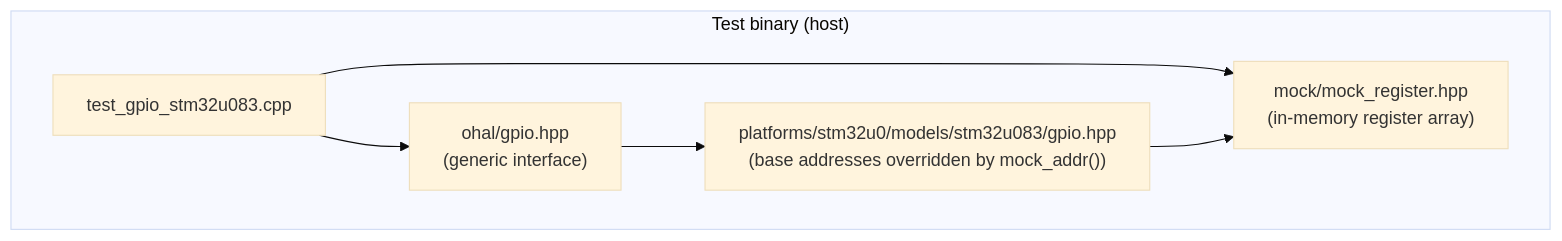
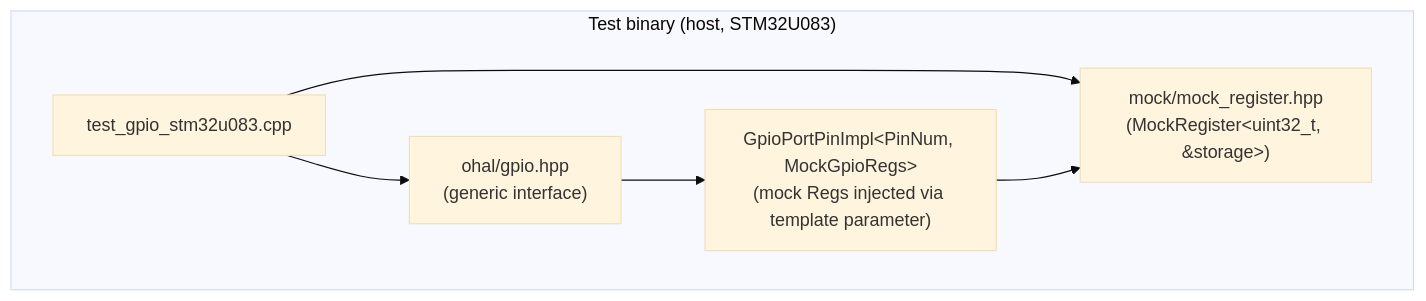
Diagram 12 of 13 in docs/plan.md (grahame-org/ohal), drawn with Mermaid (base theme) before and after one commit. The commit also changed other lines of this file and 2 other files, not shown here.

First line of the commit message:
docs: fix third review thread — Register diagrams, host-test description, error table, OutBit write

````diff
--- a/docs/plan.md
+++ b/docs/plan.md
@@ -594,13 +591,13 @@
 ```mermaid
 graph TD
-    subgraph "Test binary (host)"
+    subgraph "Test binary (host, STM32U083)"
         TEST["test_gpio_stm32u083.cpp"]
-        MOCK["mock/mock_register.hpp<br/>(in-memory register array)"]
+        MOCK["mock/mock_register.hpp<br/>(MockRegister&lt;uint32_t, &storage&gt;)"]
         IFACE["ohal/gpio.hpp<br/>(generic interface)"]
-        PLAT["platforms/stm32u0/models/stm32u083/gpio.hpp<br/>(base addresses overridden by mock_addr())"]
+        IMPL["GpioPortPinImpl&lt;PinNum, MockGpioRegs&gt;<br/>(mock Regs injected via template parameter)"]
     end
     TEST --> MOCK
     TEST --> IFACE
-    IFACE --> PLAT
-    PLAT --> MOCK
+    IFACE --> IMPL
+    IMPL --> MOCK
 ```
````
